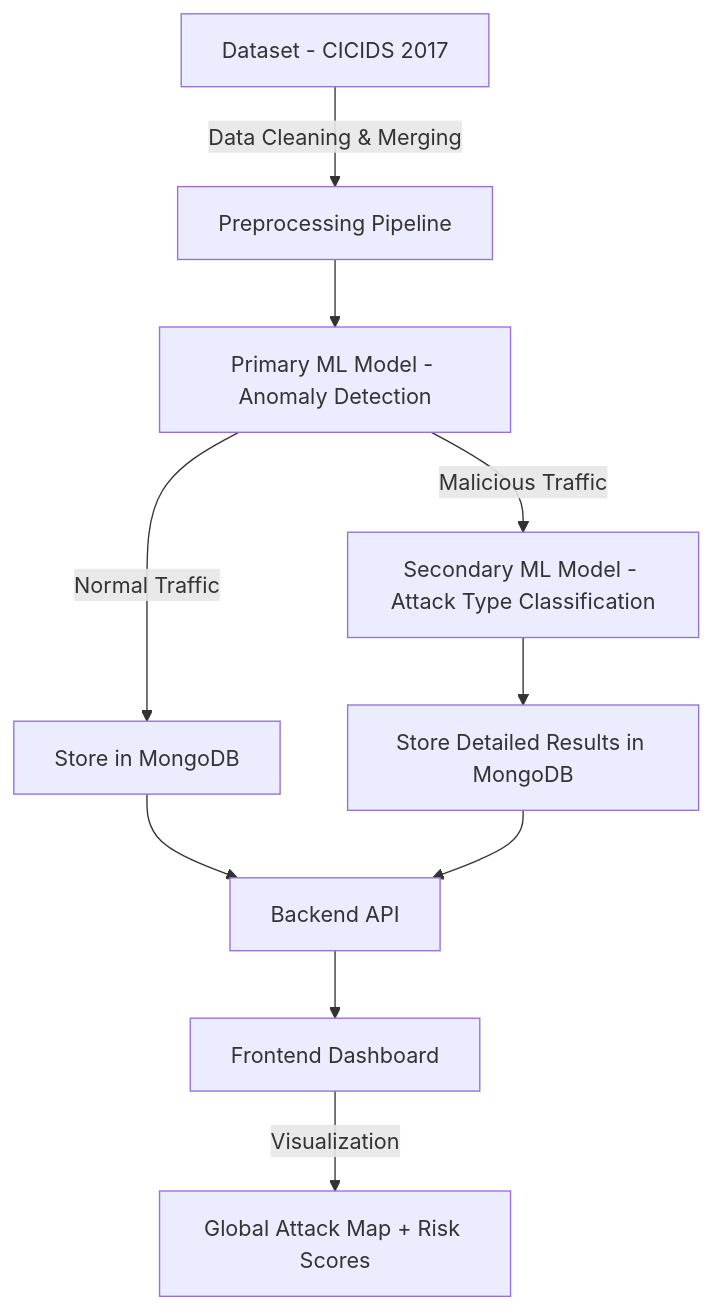
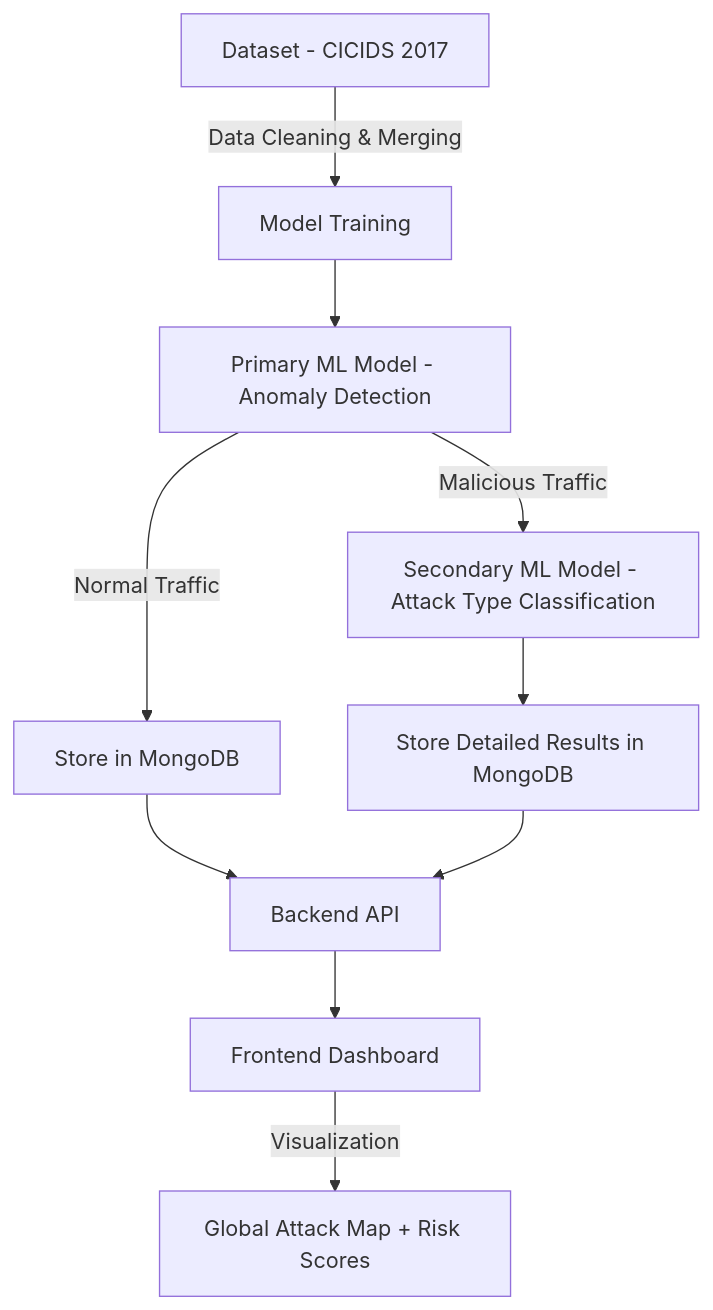
The diagram in README.md (devansh436/threat-detection), drawn with Mermaid before and after one commit. The commit also changed other lines of this file and 3 other files, not shown here.

````diff
--- a/README.md
+++ b/README.md
@@ -60,16 +60,16 @@
 ```mermaid
 graph TD
-A[Dataset - CICIDS 2017] -->|Data Cleaning & Merging| B[Preprocessing Pipeline]
+A[Dataset - CICIDS 2017] -->|Data Cleaning & Merging| B[Model Training]
 B --> C[Primary ML Model - Anomaly Detection]
 C -->|Normal Traffic| D1[Store in MongoDB]
 C -->|Malicious Traffic| C2[Secondary ML Model - Attack Type Classification]
 C2 --> D2[Store Detailed Results in MongoDB]
 D1 --> E[Backend API]
 D2 --> E[Backend API]
 E --> F[Frontend Dashboard]
 F -->|Visualization| G[Global Attack Map + Risk Scores]
 
 
 
 
 ```
````
